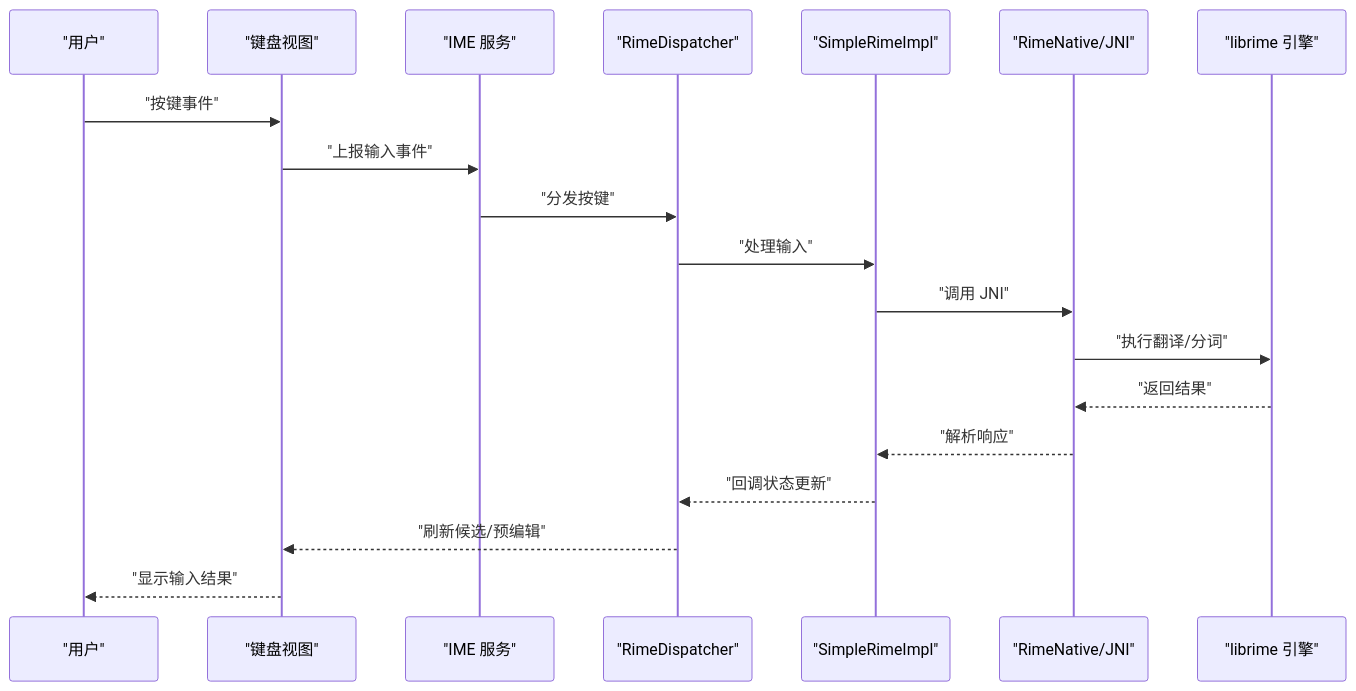
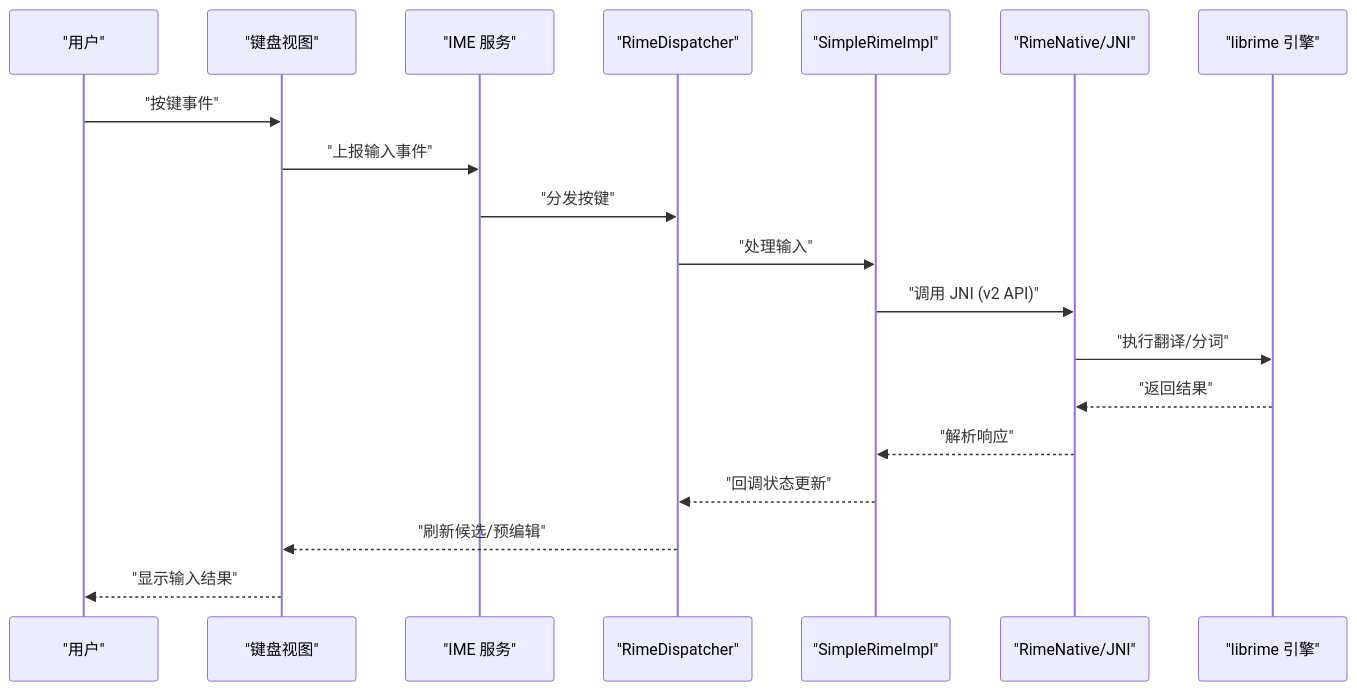
One commit to qiaodashaoye/ziyou-ime changed the second of 8 diagrams in .qoder/repowiki/zh/content/项目概览/架构概览.md. Above: the diagram before and after it, drawn with Mermaid. The commit also changed other lines of this file and 11 other files, not shown here.

````diff
--- a/.qoder/repowiki/zh/content/项目概览/架构概览.md
+++ b/.qoder/repowiki/zh/content/项目概览/架构概览.md
@@ -155,21 +165,21 @@
 ```mermaid
 sequenceDiagram
 participant User as "用户"
 participant View as "键盘视图"
 participant Service as "IME 服务"
 participant Dispatcher as "RimeDispatcher"
 participant Impl as "SimpleRimeImpl"
 participant Native as "RimeNative/JNI"
 participant Engine as "librime 引擎"
 User->>View : "按键事件"
 View->>Service : "上报输入事件"
 Service->>Dispatcher : "分发按键"
 Dispatcher->>Impl : "处理输入"
-Impl->>Native : "调用 JNI"
+Impl->>Native : "调用 JNI (v2 API)"
 Native->>Engine : "执行翻译/分词"
 Engine-->>Native : "返回结果"
 Native-->>Impl : "解析响应"
 Impl-->>Dispatcher : "回调状态更新"
 Dispatcher-->>View : "刷新候选/预编辑"
 View-->>User : "显示输入结果"
 ```
````
